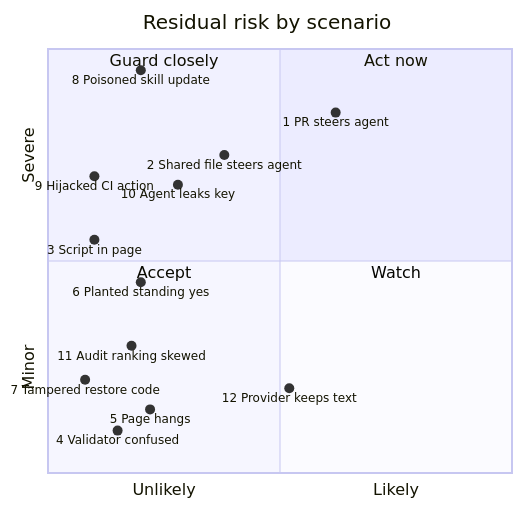
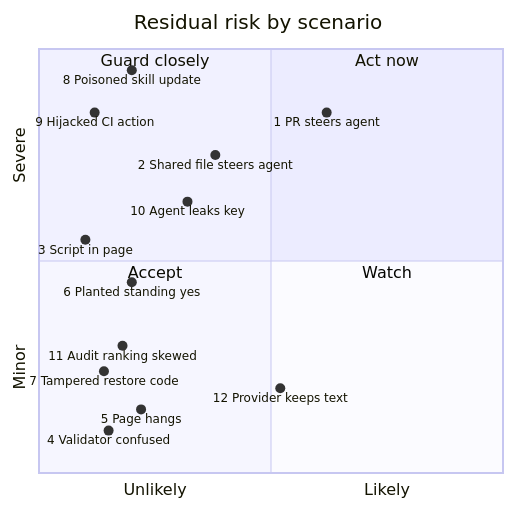
The diagram in docs/security/threat-model.md (mephistopheles4/grimoire), drawn with Mermaid before and after one commit.

Commit message:
Space the chart's points so no two labels overlap

````diff
--- a/docs/security/threat-model.md
+++ b/docs/security/threat-model.md
@@ -61,22 +61,22 @@
 ```mermaid
 quadrantChart
   title Residual risk by scenario
   x-axis Unlikely --> Likely
   y-axis Minor --> Severe
   quadrant-1 Act now
   quadrant-2 Guard closely
   quadrant-3 Accept
   quadrant-4 Watch
   1 PR steers agent: [0.62, 0.85]
   2 Shared file steers agent: [0.38, 0.75]
   3 Script in page: [0.10, 0.55]
   4 Validator confused: [0.15, 0.10]
   5 Page hangs: [0.22, 0.15]
   6 Planted standing yes: [0.20, 0.45]
-  7 Tampered restore code: [0.08, 0.22]
+  7 Tampered restore code: [0.14, 0.24]
   8 Poisoned skill update: [0.20, 0.95]
-  9 Hijacked CI action: [0.10, 0.70]
-  10 Agent leaks key: [0.28, 0.68]
+  9 Hijacked CI action: [0.12, 0.85]
+  10 Agent leaks key: [0.32, 0.64]
   11 Audit ranking skewed: [0.18, 0.30]
   12 Provider keeps text: [0.52, 0.20]
 ```
````
